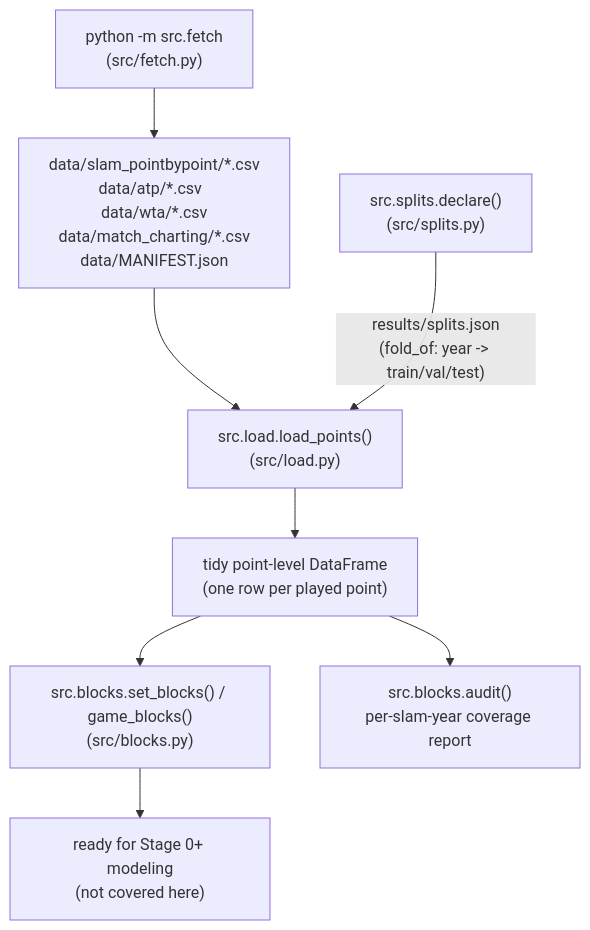
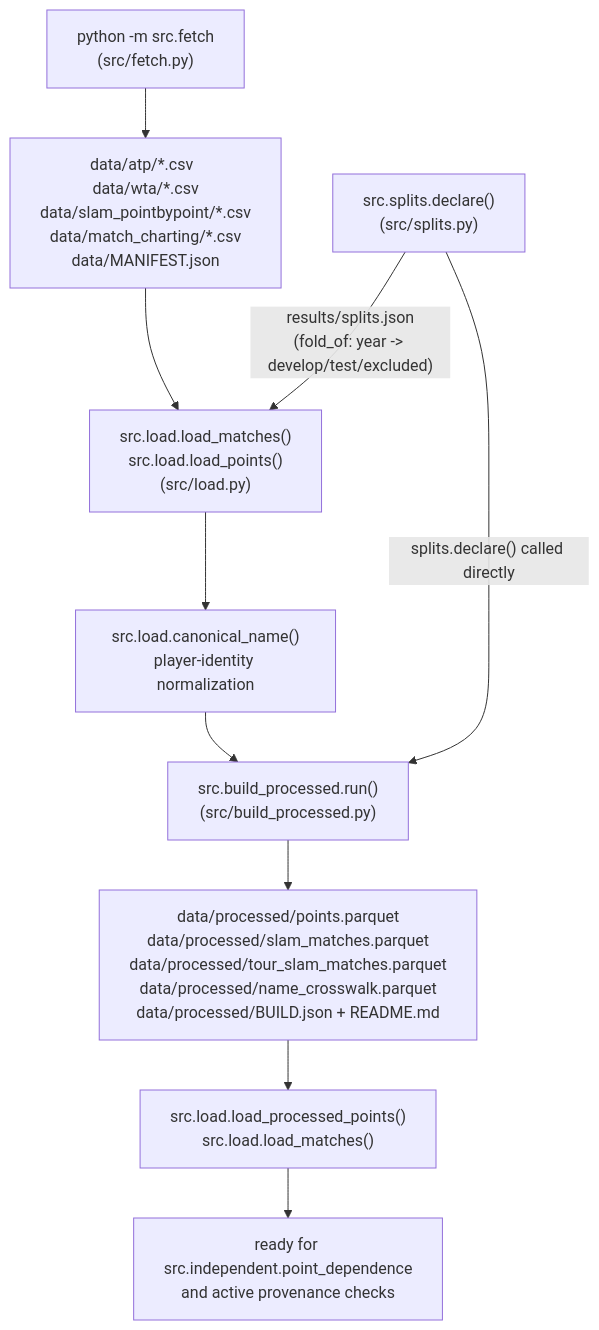
Before and after one commit to samibadalkhan/tennis_contamination_model: the diagram in docs/DATA_PIPELINE.md, drawn with Mermaid. The commit also changed other lines of this file and 462 other files, not shown here.

````diff
--- a/docs/DATA_PIPELINE.md
+++ b/docs/DATA_PIPELINE.md
@@ -33,10 +54,12 @@
 ```mermaid
 flowchart TD
-    A["python -m src.fetch\n(src/fetch.py)"] --> B["data/slam_pointbypoint/*.csv\ndata/atp/*.csv  data/wta/*.csv\ndata/match_charting/*.csv\ndata/MANIFEST.json"]
-    B --> C["src.load.load_points()\n(src/load.py)"]
-    D["src.splits.declare()\n(src/splits.py)"] -->|"results/splits.json\n(fold_of: year -> train/val/test)"| C
-    C --> E["tidy point-level DataFrame\n(one row per played point)"]
-    E --> F["src.blocks.set_blocks() / game_blocks()\n(src/blocks.py)"]
-    E --> G["src.blocks.audit()\nper-slam-year coverage report"]
-    F --> H["ready for Stage 0+ modeling\n(not covered here)"]
+    A["python -m src.fetch\n(src/fetch.py)"] --> B["data/atp/*.csv  data/wta/*.csv\ndata/slam_pointbypoint/*.csv\ndata/match_charting/*.csv\ndata/MANIFEST.json"]
+    B --> C["src.load.load_matches()\nsrc.load.load_points()\n(src/load.py)"]
+    S["src.splits.declare()\n(src/splits.py)"] -->|"results/splits.json\n(fold_of: year -> develop/test/excluded)"| C
+    S -->|"splits.declare() called directly"| P
+    C --> D["src.load.canonical_name()\nplayer-identity normalization"]
+    D --> P["src.build_processed.run()\n(src/build_processed.py)"]
+    P --> E["data/processed/points.parquet\ndata/processed/slam_matches.parquet\ndata/processed/tour_slam_matches.parquet\ndata/processed/name_crosswalk.parquet\ndata/processed/BUILD.json + README.md"]
+    E --> F["src.load.load_processed_points()\nsrc.load.load_matches()"]
+    F --> G["ready for src.independent.point_dependence\nand active provenance checks"]
 ```
````
